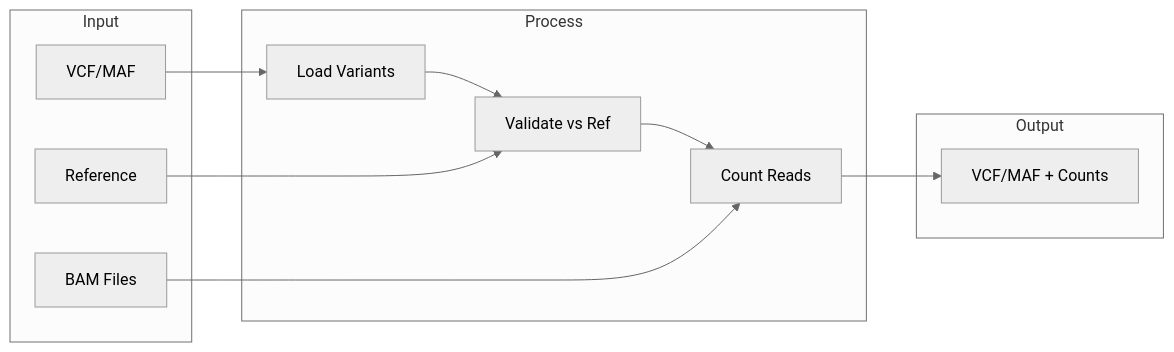
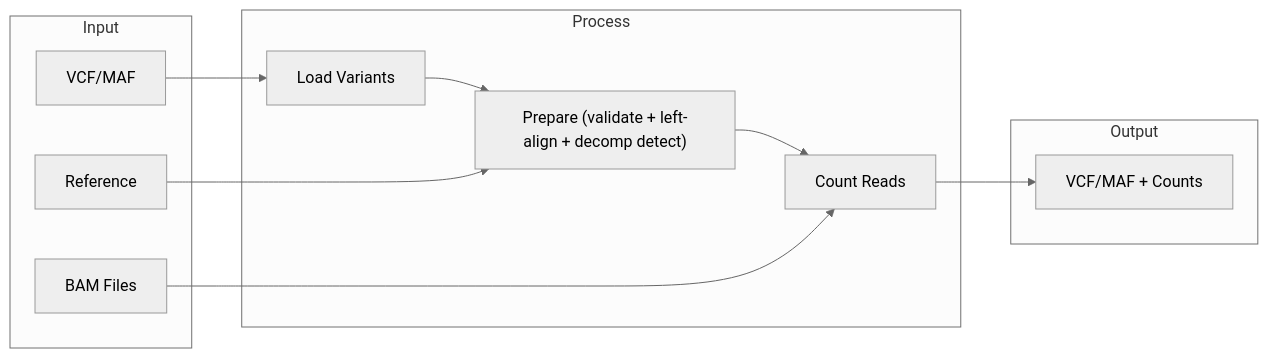
The second of 5 diagrams in docs/reference/architecture.md (msk-access/py-gbcms), drawn with Mermaid (neutral theme) before and after one commit. The commit also changed other lines of this file and 41 other files, not shown here.

````diff
--- a/docs/reference/architecture.md
+++ b/docs/reference/architecture.md
@@ -33,24 +33,24 @@
 ```mermaid
 flowchart LR
     subgraph Input
         VCF[VCF/MAF]
         BAM[BAM Files]
         FASTA[Reference]
     end
     
     subgraph Process
         Load[Load Variants]
-        Validate[Validate vs Ref]
+        Prepare["Prepare (validate + left-align + decomp detect)"]
         Count[Count Reads]
     end
     
     subgraph Output
         Result[VCF/MAF + Counts]
     end
     
-    VCF --> Load --> Validate
-    FASTA --> Validate
-    Validate --> Count
+    VCF --> Load --> Prepare
+    FASTA --> Prepare
+    Prepare --> Count
     BAM --> Count
     Count --> Result
 ```
````
